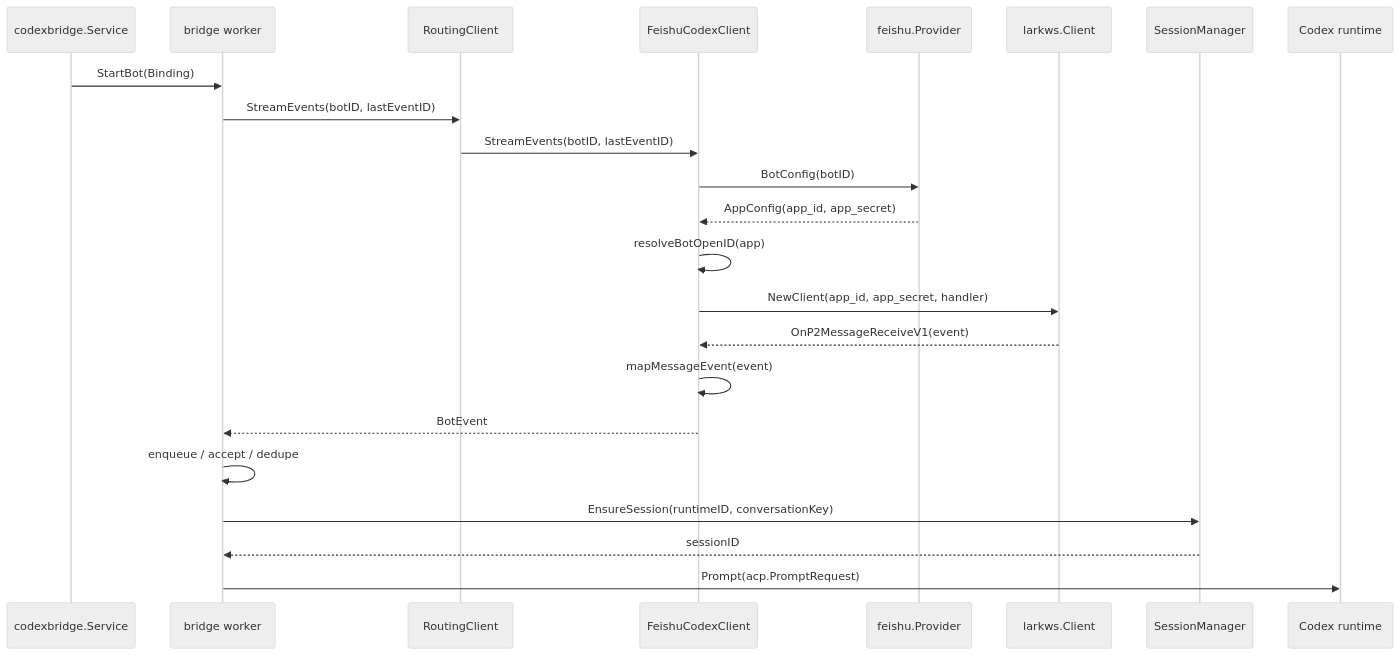
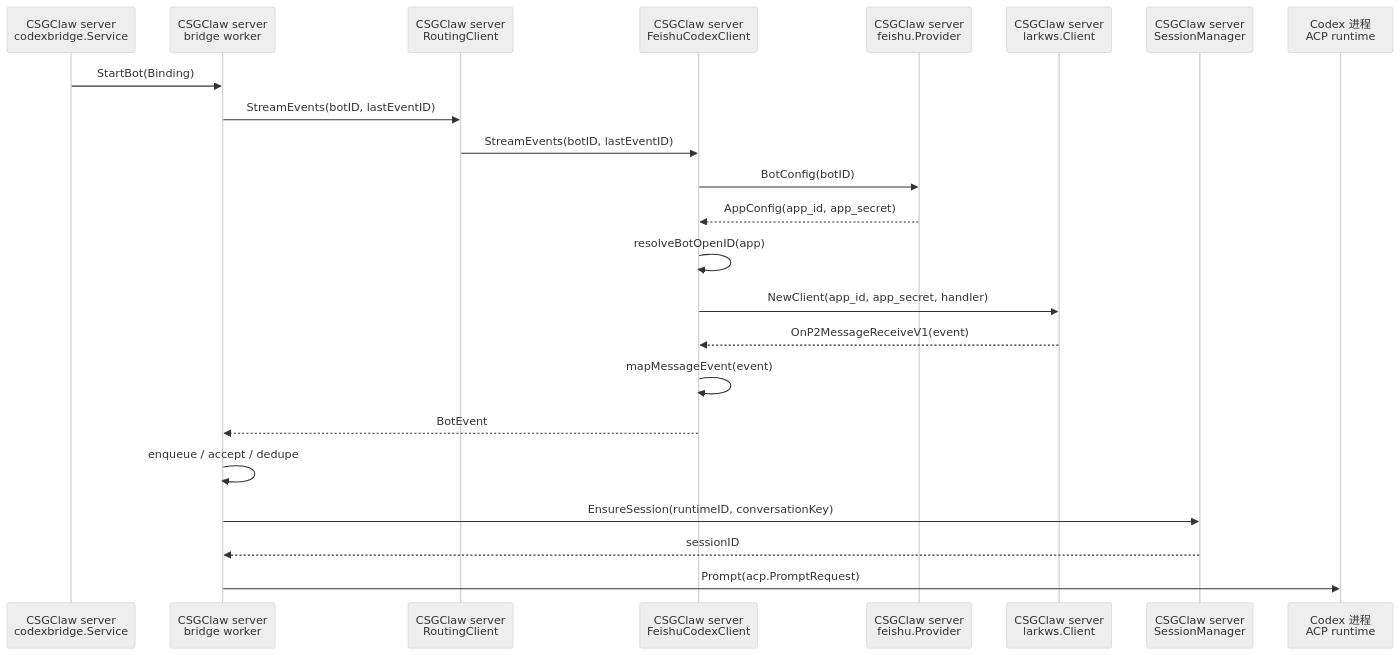
The tenth of 12 diagrams in docs/channel/codex-feishu.zh.md (GatewayJ/csgclaw), drawn with Mermaid (neutral theme) before and after one commit. The commit also changed other lines of this file, not shown here.

Commit message:
docs: label programs in feishu flow diagrams

````diff
--- a/docs/channel/codex-feishu.zh.md
+++ b/docs/channel/codex-feishu.zh.md
@@ -426,26 +427,26 @@
 ```mermaid
 sequenceDiagram
-    participant Bridge as codexbridge.Service
-    participant Worker as bridge worker
-    participant Router as RoutingClient
-    participant Client as FeishuCodexClient
-    participant Provider as feishu.Provider
-    participant LarkWS as larkws.Client
-    participant Session as SessionManager
-    participant Codex as Codex runtime
+    participant Bridge as CSGClaw server<br/>codexbridge.Service
+    participant Worker as CSGClaw server<br/>bridge worker
+    participant Router as CSGClaw server<br/>RoutingClient
+    participant Client as CSGClaw server<br/>FeishuCodexClient
+    participant Provider as CSGClaw server<br/>feishu.Provider
+    participant LarkWS as CSGClaw server<br/>larkws.Client
+    participant Session as CSGClaw server<br/>SessionManager
+    participant Codex as Codex 进程<br/>ACP runtime
 
     Bridge->>Worker: StartBot(Binding)
     Worker->>Router: StreamEvents(botID, lastEventID)
     Router->>Client: StreamEvents(botID, lastEventID)
     Client->>Provider: BotConfig(botID)
     Provider-->>Client: AppConfig(app_id, app_secret)
     Client->>Client: resolveBotOpenID(app)
     Client->>LarkWS: NewClient(app_id, app_secret, handler)
     LarkWS-->>Client: OnP2MessageReceiveV1(event)
     Client->>Client: mapMessageEvent(event)
     Client-->>Worker: BotEvent
     Worker->>Worker: enqueue / accept / dedupe
     Worker->>Session: EnsureSession(runtimeID, conversationKey)
     Session-->>Worker: sessionID
     Worker->>Codex: Prompt(acp.PromptRequest)
 ```
````
